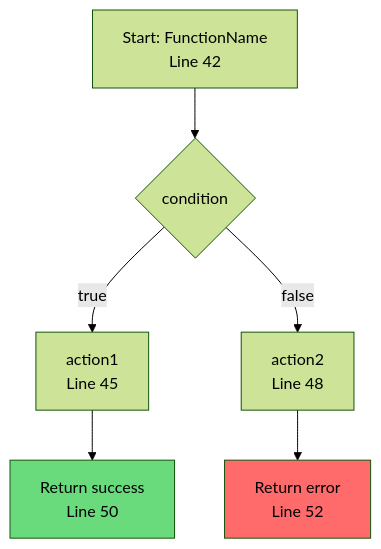
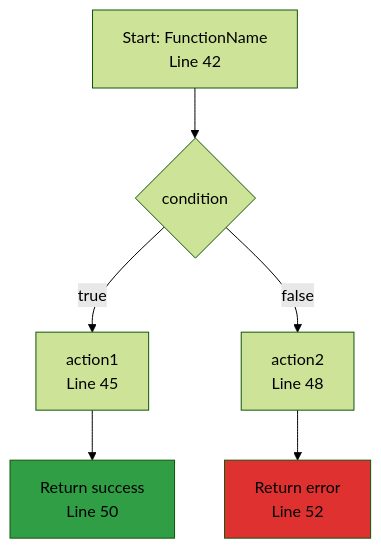
Before and after one commit to selimabeniacar/gemini-skills: the second of 2 diagrams in prompts/control-flow.md, drawn with Mermaid (forest theme). The commit also changed other lines of this file and 6 other files, not shown here.

Commit message:
Add /flow skill for generating flow diagrams

````diff
--- a/prompts/control-flow.md
+++ b/prompts/control-flow.md
@@ -127,11 +127,11 @@
 ```mermaid
 flowchart TD
     A[Start: FunctionName<br/>Line 42] --> B{condition}
     B -->|true| C[action1<br/>Line 45]
     B -->|false| D[action2<br/>Line 48]
     C --> E[Return success<br/>Line 50]
     D --> F[Return error<br/>Line 52]
 
-    style E fill:#69db7c
-    style F fill:#ff6b6b
+    style E fill:#2f9e44
+    style F fill:#e03131
 ```
````
